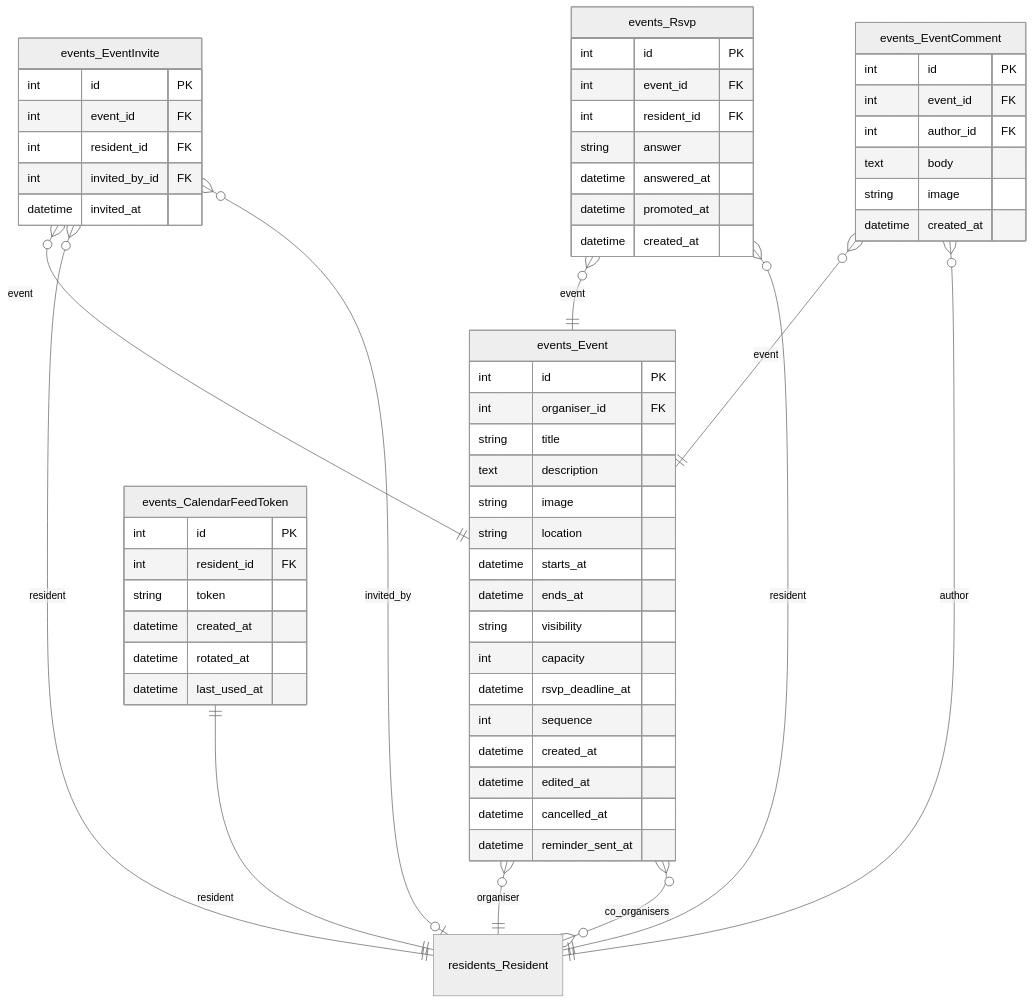
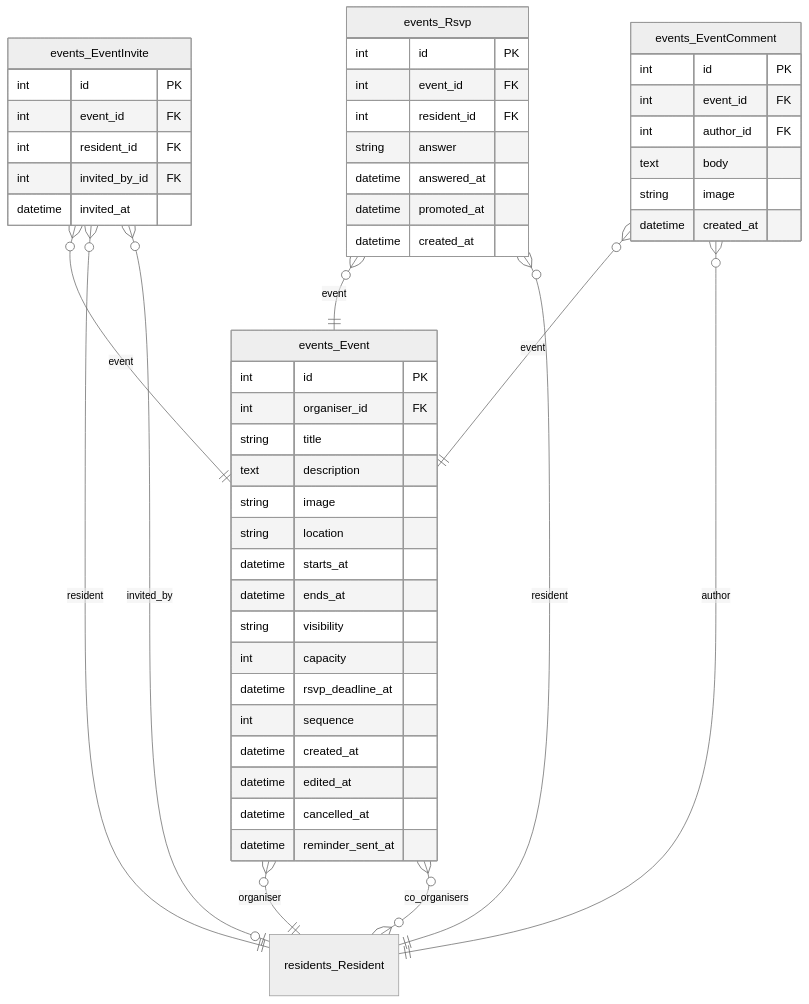
Before and after one commit to GAHK-org/gahk_intern: the ninth of 19 diagrams in docs/erd.md, drawn with Mermaid (neutral theme). The commit also changed other lines of this file and 37 other files, not shown here.

````diff
--- a/docs/erd.md
+++ b/docs/erd.md
@@ -1477,70 +1512,60 @@
 ```mermaid
 erDiagram
     events_Event {
         int id PK
         int organiser_id FK
         string title
         text description
         string image
         string location
         datetime starts_at
         datetime ends_at
         string visibility
         int capacity
         datetime rsvp_deadline_at
         int sequence
         datetime created_at
         datetime edited_at
         datetime cancelled_at
         datetime reminder_sent_at
     }
 
     events_EventInvite {
         int id PK
         int event_id FK
         int resident_id FK
         int invited_by_id FK
         datetime invited_at
     }
 
     events_Rsvp {
         int id PK
         int event_id FK
         int resident_id FK
         string answer
         datetime answered_at
         datetime promoted_at
         datetime created_at
     }
 
     events_EventComment {
         int id PK
         int event_id FK
         int author_id FK
         text body
         string image
         datetime created_at
     }
 
-    events_CalendarFeedToken {
-        int id PK
-        int resident_id FK
-        string token
-        datetime created_at
-        datetime rotated_at
-        datetime last_used_at
-    }
-
     residents_Resident { }
 
     events_Event }o--|| residents_Resident : "organiser"
     events_Event }o--o{ residents_Resident : "co_organisers"
     events_EventInvite }o--|| events_Event : "event"
     events_EventInvite }o--|| residents_Resident : "resident"
     events_EventInvite }o--|o residents_Resident : "invited_by"
     events_Rsvp }o--|| events_Event : "event"
     events_Rsvp }o--|| residents_Resident : "resident"
     events_EventComment }o--|| events_Event : "event"
     events_EventComment }o--|| residents_Resident : "author"
-    events_CalendarFeedToken ||--|| residents_Resident : "resident"
 ```
````
